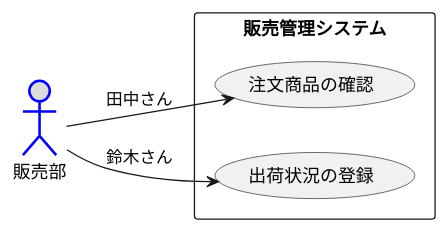
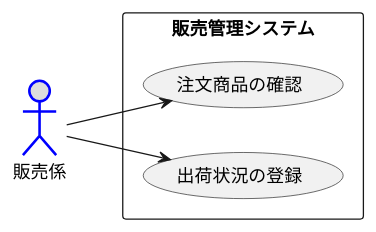
Before and after one commit to Sreia1129/uml-introduction: the diagram in 演習2-5_盛岡商事_販売管理システム.pu, drawn with PlantUML. The commit also changed 1 other file, not shown here.

```diff
--- a/演習2-5_盛岡商事_販売管理システム.pu
+++ b/演習2-5_盛岡商事_販売管理システム.pu
@@ -1,13 +1,13 @@
 @startuml ユースケース図
 left to right direction
 
-actor 販売部 #DDDDDD;line:Blue;line.bold;
+actor 販売係 #DDDDDD;line:Blue;line.bold;
 
 rectangle 販売管理システム {
 usecase 注文商品の確認
 usecase 出荷状況の登録
 }
-販売部 --> 注文商品の確認 :田中さん
-販売部 --> 出荷状況の登録 :鈴木さん
+販売係 --> 注文商品の確認 
+販売係 --> 出荷状況の登録 
 
 @enduml
```
